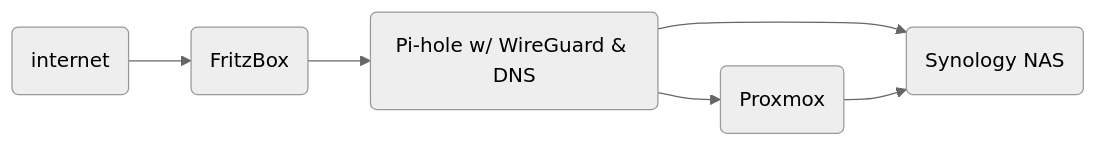
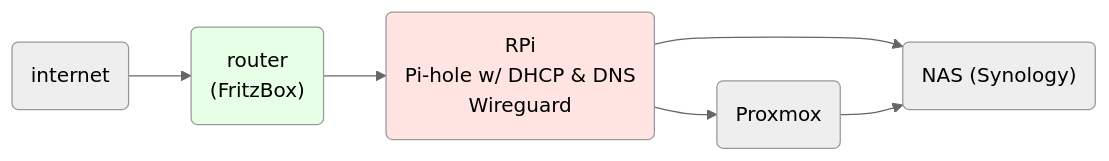
The third of 5 diagrams in presentation/slides.md (draptik/2025-selfhosting), drawn with Mermaid (neutral theme) before and after one commit. The commit also changed other lines of this file, not shown here.

````diff
--- a/presentation/slides.md
+++ b/presentation/slides.md
@@ -141,15 +155,18 @@
 ```mermaid
 flowchart LR
 
   cloud("internet")
-  router("FritzBox")
-  pihole("Pi-hole w/ WireGuard & DNS")
-  nas("Synology NAS")
+  router("router<br/>(FritzBox)")
+  pihole("RPi<br/>Pi-hole w/ DHCP & DNS<br/>Wireguard")
+  nas("NAS (Synology)")
   proxmox("Proxmox")
 
   cloud --> router
   router --> pihole
   pihole --> proxmox
   pihole --> nas
   proxmox --> nas
+
+  style router fill:#e6ffe6
+  style pihole fill:#ffe4e1
 ```
````
